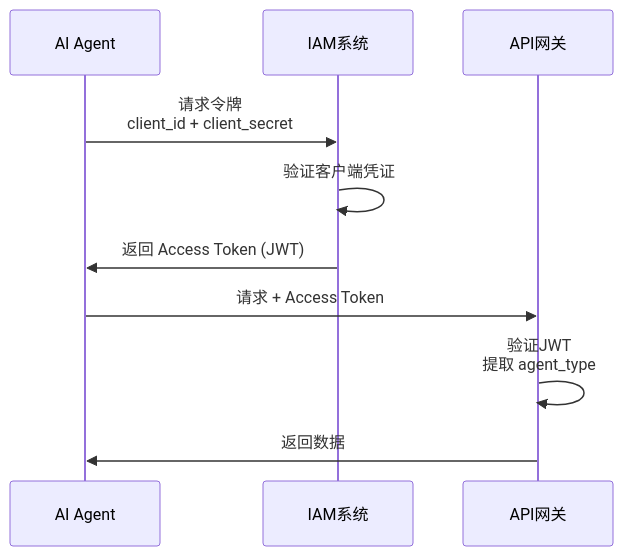
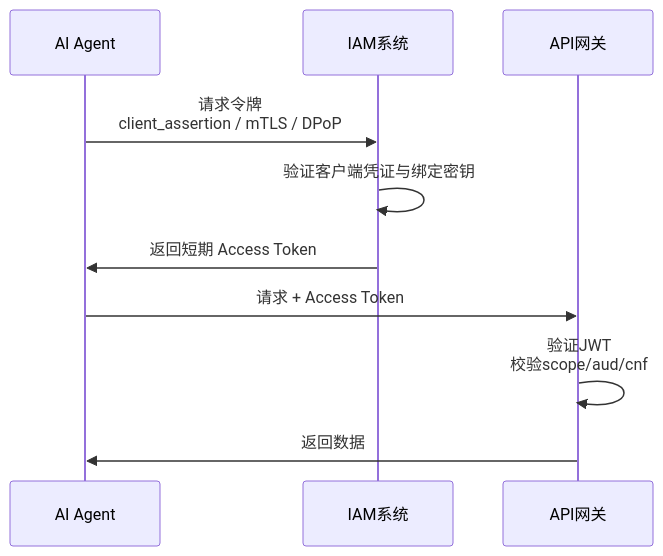
The seventh of 21 diagrams in src/content/blog/身份认证与访问控制-深度理论知识.md (ink-hz/starship-blog-source), drawn with Mermaid before and after one commit. The commit also changed other lines of this file and 6 other files, not shown here.

Commit message:
Improve factual accuracy of public architecture posts

````diff
--- a/src/content/blog/身份认证与访问控制-深度理论知识.md
+++ b/src/content/blog/身份认证与访问控制-深度理论知识.md
@@ -751,14 +778,14 @@
 ```mermaid
 sequenceDiagram
     participant Agent as AI Agent
     participant IAM as IAM系统
     participant API as API网关
 
-    Agent->>IAM: 请求令牌<br/>client_id + client_secret
-    IAM->>IAM: 验证客户端凭证
-    IAM->>Agent: 返回 Access Token (JWT)
+    Agent->>IAM: 请求令牌<br/>client_assertion / mTLS / DPoP
+    IAM->>IAM: 验证客户端凭证与绑定密钥
+    IAM->>Agent: 返回短期 Access Token
 
     Agent->>API: 请求 + Access Token
-    API->>API: 验证JWT<br/>提取 agent_type
+    API->>API: 验证JWT<br/>校验scope/aud/cnf
     API->>Agent: 返回数据
 ```
````
